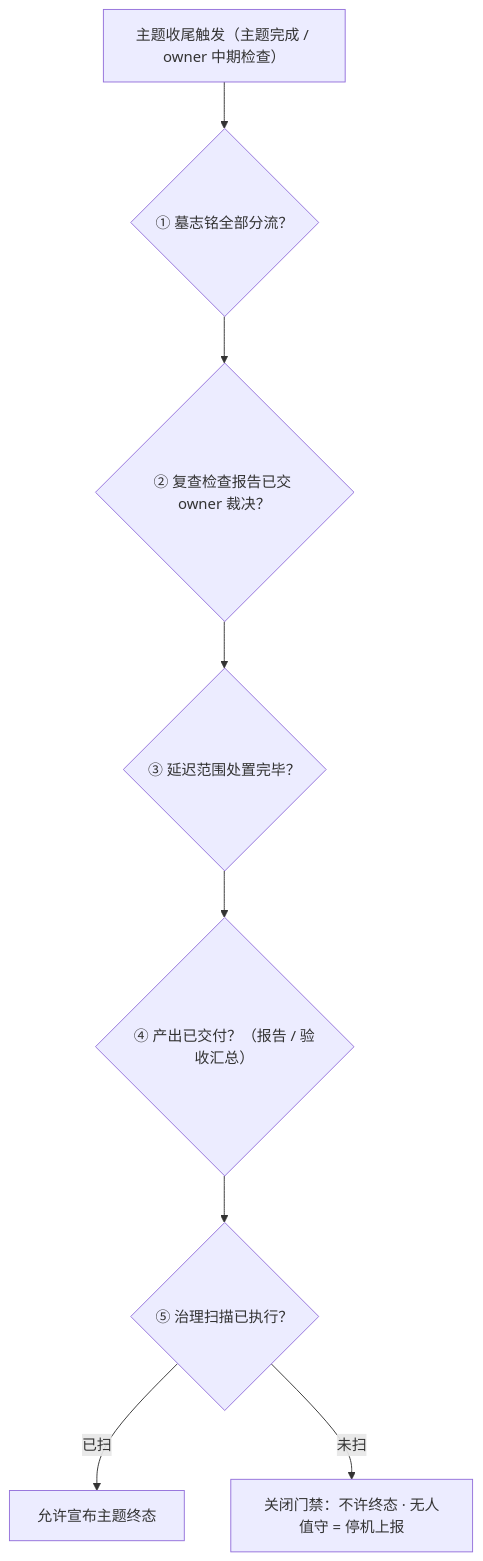
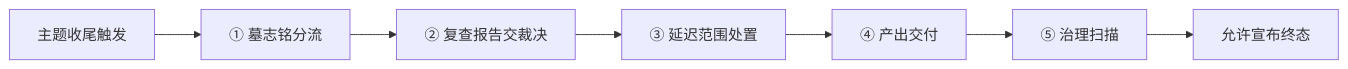
One commit to nightBrise/sci-spec-loop-skill changed the fourth of 8 diagrams in README.md. Above: the diagram before and after it, drawn with Mermaid. The commit also changed other lines of this file and 8 other files, not shown here.

````diff
--- a/README.md
+++ b/README.md
@@ -102,10 +59,4 @@
 ```mermaid
-flowchart TD
-    CLOSE["主题收尾触发（主题完成 / owner 中期检查）"] --> C1{"① 墓志铭全部分流？"}
-    C1 --> C2{"② 复查检查报告已交 owner 裁决？"}
-    C2 --> C3{"③ 延迟范围处置完毕？"}
-    C3 --> C4{"④ 产出已交付？（报告 / 验收汇总）"}
-    C4 --> C5{"⑤ 治理扫描已执行？"}
-    C5 -->|"已扫"| OK["允许宣布主题终态"]
-    C5 -->|"未扫"| BLOCK["关闭门禁：不许终态 · 无人值守 = 停机上报"]
+flowchart LR
+    C["主题收尾触发"] --> A["① 墓志铭分流"] --> B["② 复查报告交裁决"] --> C3["③ 延迟范围处置"] --> D["④ 产出交付"] --> E["⑤ 治理扫描"] --> OK["允许宣布终态"]
 ```
````
